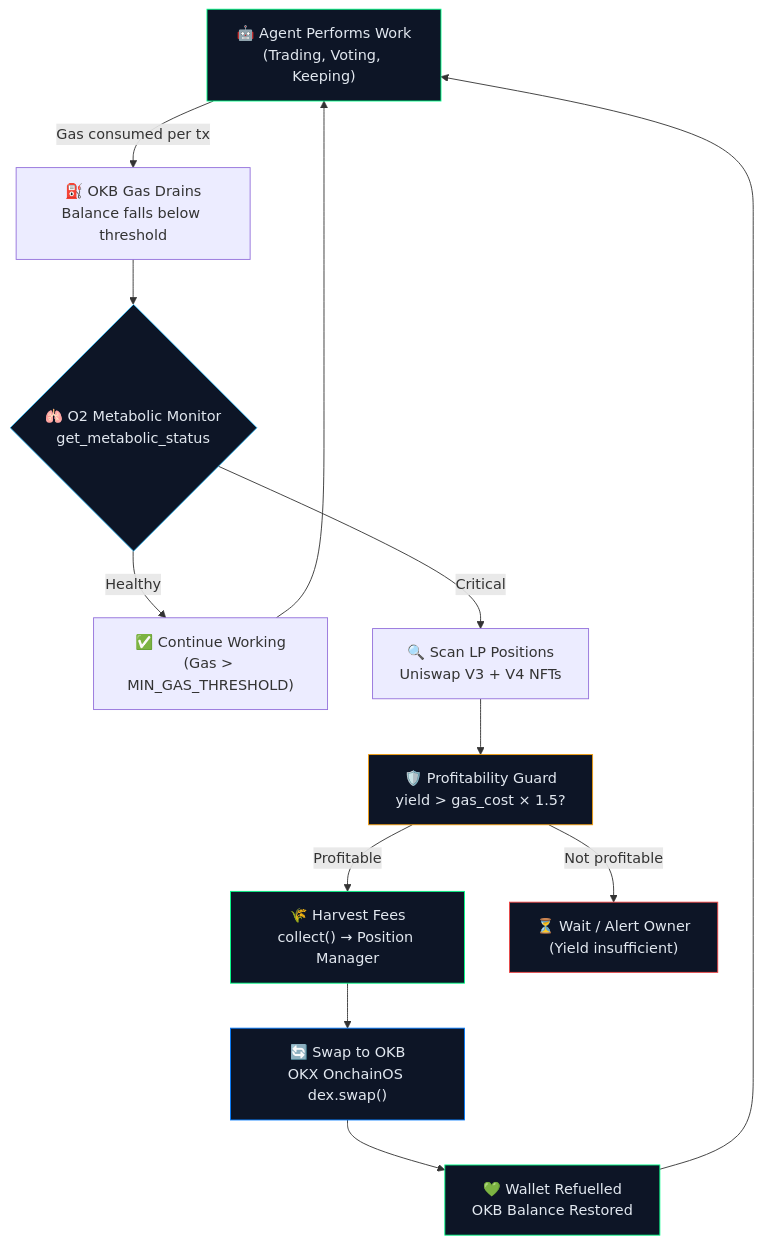
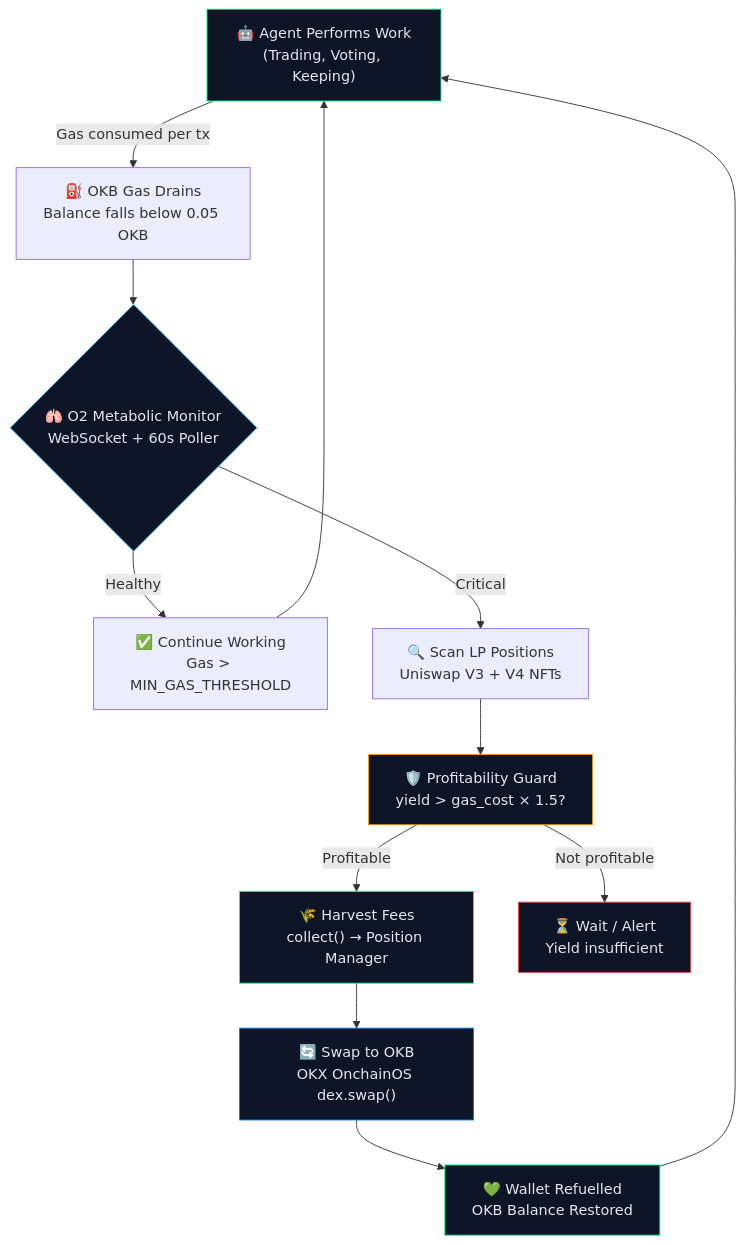
One commit to Cyano88/O2-Onchain-Oxygen changed the diagram in README.md. Above: the diagram before and after it, drawn with Mermaid. The commit also changed other lines of this file, not shown here.

First line of the commit message:
docs: full honest README — real TX, chain 1952, V3/V4 deployment status, RPC audit

````diff
--- a/README.md
+++ b/README.md
@@ -34,33 +39,33 @@
 ```mermaid
 graph TD
     A["🤖 Agent Performs Work<br/>(Trading, Voting, Keeping)"]
-    B["⛽ OKB Gas Drains<br/>Balance falls below threshold"]
-    C{"🫁 O2 Metabolic Monitor<br/>get_metabolic_status"}
-    D["✅ Continue Working<br/>(Gas > MIN_GAS_THRESHOLD)"]
+    B["⛽ OKB Gas Drains<br/>Balance falls below 0.05 OKB"]
+    C{"🫁 O2 Metabolic Monitor<br/>WebSocket + 60s Poller"}
+    D["✅ Continue Working<br/>Gas > MIN_GAS_THRESHOLD"]
     E["🔍 Scan LP Positions<br/>Uniswap V3 + V4 NFTs"]
     F["🛡️ Profitability Guard<br/>yield > gas_cost × 1.5?"]
     G["🌾 Harvest Fees<br/>collect() → Position Manager"]
-    H["⏳ Wait / Alert Owner<br/>(Yield insufficient)"]
+    H["⏳ Wait / Alert<br/>Yield insufficient"]
     I["🔄 Swap to OKB<br/>OKX OnchainOS dex.swap()"]
     J["💚 Wallet Refuelled<br/>OKB Balance Restored"]
 
     A -->|"Gas consumed per tx"| B
     B --> C
     C -->|"Healthy"| D
     D --> A
     C -->|"Critical"| E
     E --> F
     F -->|"Profitable"| G
     F -->|"Not profitable"| H
     G --> I
     I --> J
     J --> A
 
     style A fill:#0d1526,stroke:#00ff88,color:#e2e8f0
     style C fill:#0d1526,stroke:#38bdf8,color:#e2e8f0
     style F fill:#0d1526,stroke:#f59e0b,color:#e2e8f0
     style G fill:#0d1526,stroke:#00ff88,color:#e2e8f0
     style I fill:#0d1526,stroke:#007aff,color:#e2e8f0
     style J fill:#0d1526,stroke:#00ff88,color:#e2e8f0
     style H fill:#0d1526,stroke:#ef4444,color:#e2e8f0
 ```
````
